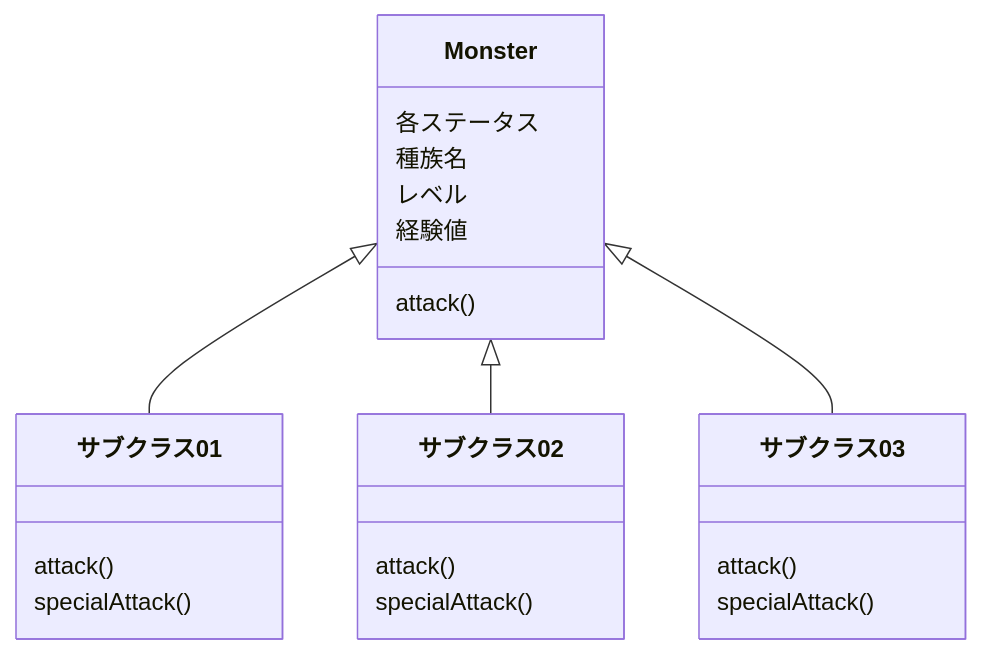
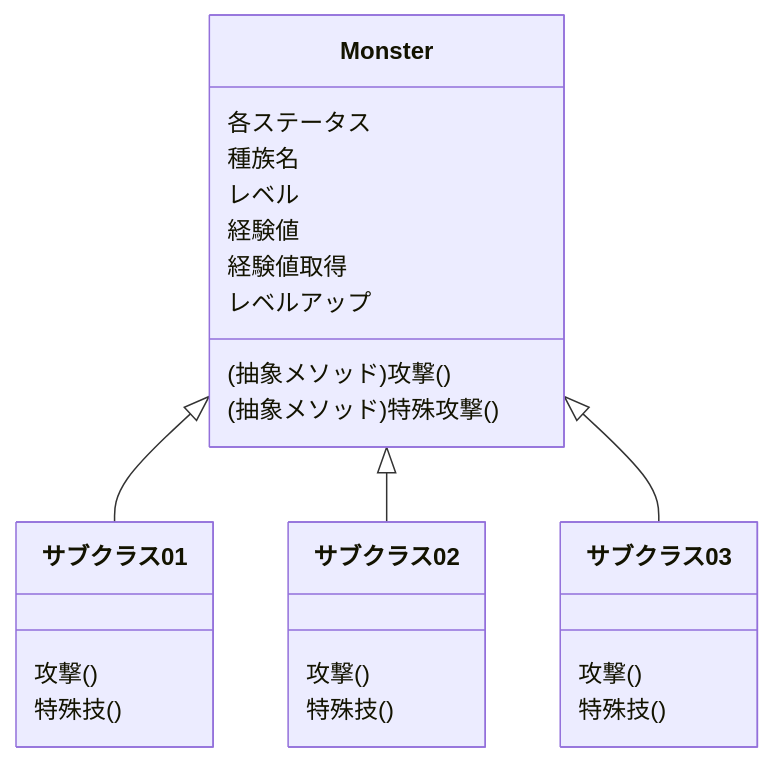
One commit to y-uchiida/python-rpg-lesson changed the second of 2 diagrams in docs/rdd/src/routes/lessons/lesson-09.md. Above: the diagram before and after it, drawn with Mermaid. The commit also changed other lines of this file, not shown here.

Commit message:
開発パート09 のテキストを修正

````diff
--- a/docs/rdd/src/routes/lessons/lesson-09.md
+++ b/docs/rdd/src/routes/lessons/lesson-09.md
@@ -42,28 +42,31 @@
 ```mermaid
 
 classDiagram
     Monster <|-- サブクラス01
     Monster <|-- サブクラス02
     Monster <|-- サブクラス03
     
     Monster : 各ステータス
     Monster : 種族名
     Monster : レベル
     Monster : 経験値
-    Monster : attack()
+    Monster : (抽象メソッド)攻撃()
+    Monster : (抽象メソッド)特殊攻撃()
+    Monster : 経験値取得
+    Monster : レベルアップ
 
     class サブクラス01{
-      attack()
-      specialAttack()
+      攻撃()
+      特殊技()
     }
 
     class サブクラス02{
-      attack()
-      specialAttack()
+      攻撃()
+      特殊技()
     }
 
     class サブクラス03{
-      attack()
-      specialAttack()
+      攻撃()
+      特殊技()
     }
 ```
````
